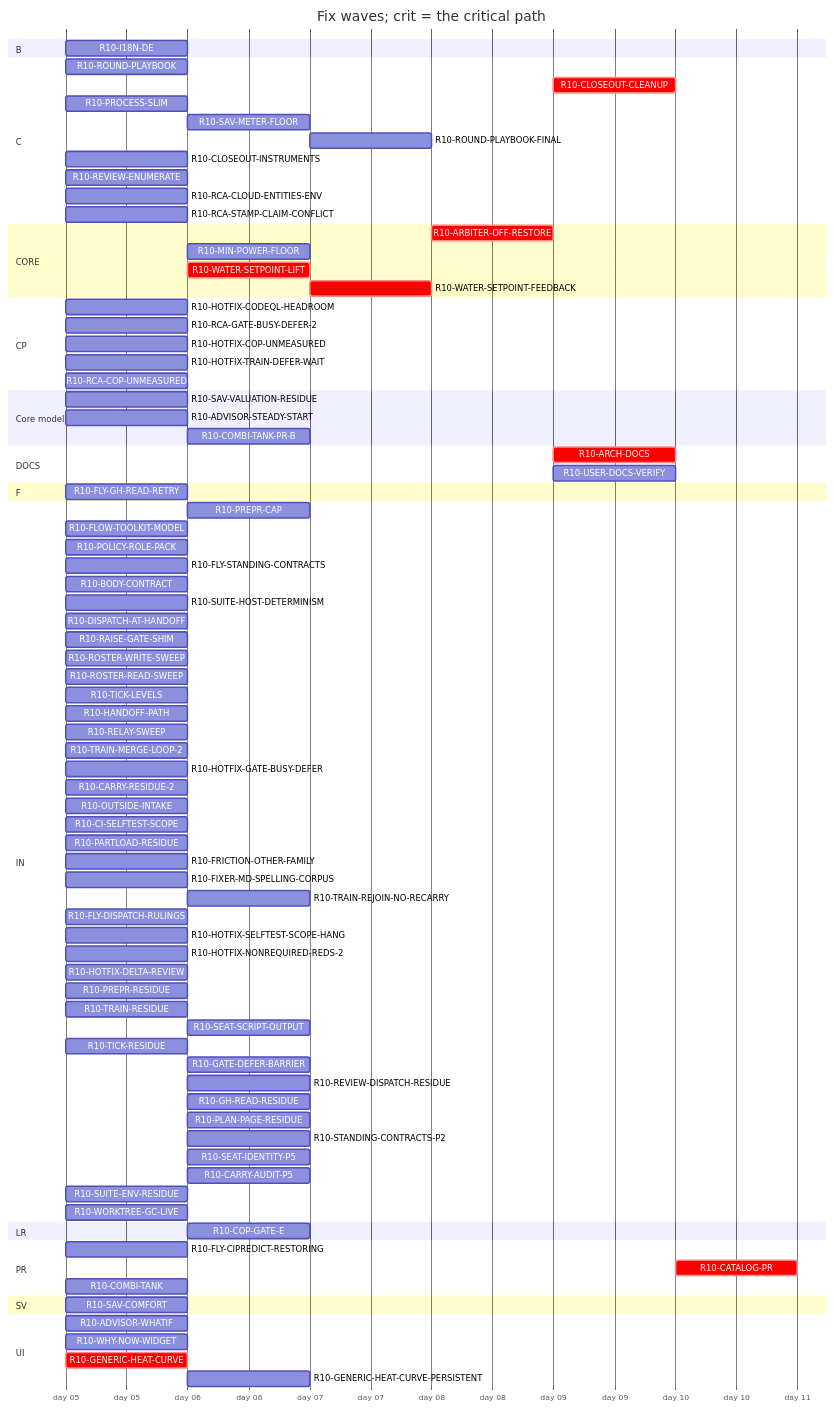
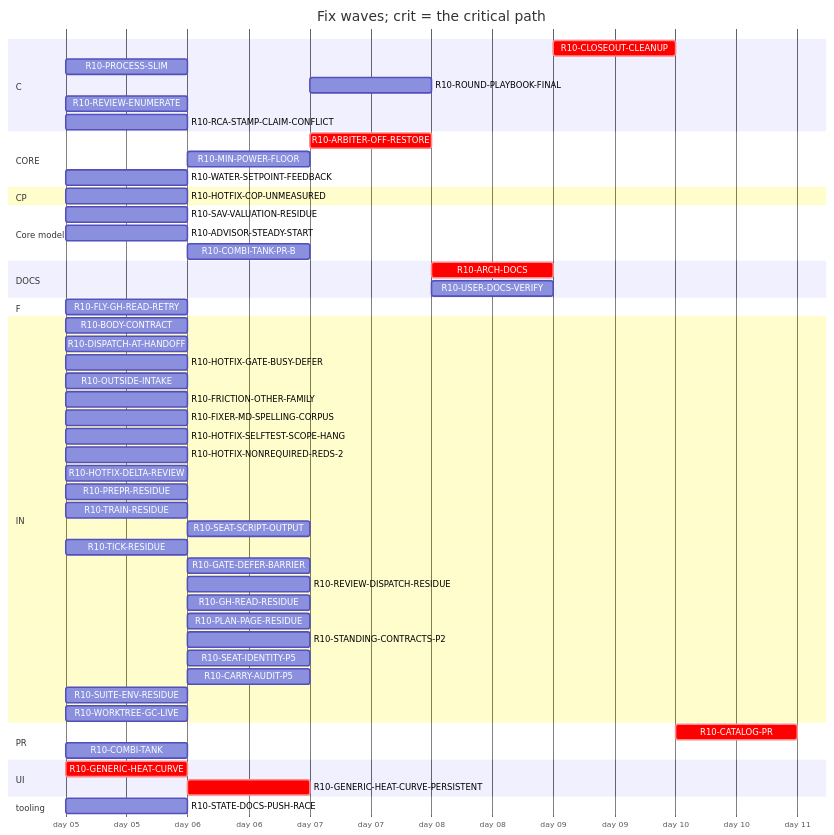
One commit to tvofi/heatpump_optimizer changed the diagram in handoff/round10/state/PLAN-TABLE.md. Above: the diagram before and after it, drawn with Mermaid. The commit also changed other lines of this file and 2 other files, not shown here.

Commit message:
state: FLOW-BOARD.md, NEXT-SESSION-PROMPT.md, PLAN-TABLE.md, RESUME-CURRENT.md regenerated (state_docs.py)

````diff
--- a/handoff/round10/state/PLAN-TABLE.md
+++ b/handoff/round10/state/PLAN-TABLE.md
@@ -27,62 +25,34 @@
   title Fix waves; crit = the critical path
   dateFormat YYYY-MM-DD
   axisFormat day %d
-  section B
-    R10-I18N-DE :r10I18NDE, 2026-01-05, 1d
   section C
-    R10-ROUND-PLAYBOOK :r10ROUNDPLAYBOOK, 2026-01-05, 1d
-    R10-CLOSEOUT-CLEANUP :crit, r10CLOSEOUTCLEANUP, after r10ARCHDOCS r10USERDOCSVERIFY r10ROUNDPLAYBOOKFINAL r10CLOSEOUTINSTRUMENTS r10RCAGATEBUSYDEFER2 r10RCACOPUNMEASURED r10FRICTIONOTHERFAMILY, 1d
+    R10-CLOSEOUT-CLEANUP :crit, r10CLOSEOUTCLEANUP, after r10ARCHDOCS r10USERDOCSVERIFY r10ROUNDPLAYBOOKFINAL r10FRICTIONOTHERFAMILY, 1d
     R10-PROCESS-SLIM :r10PROCESSSLIM, 2026-01-05, 1d
-    R10-SAV-METER-FLOOR :r10SAVMETERFLOOR, after r10SAVCOMFORT, 1d
-    R10-ROUND-PLAYBOOK-FINAL :r10ROUNDPLAYBOOKFINAL, after r10PREPRCAP r10HANDOFFPATH r10RELAYSWEEP r10DISPATCHATHANDOFF r10BODYCONTRACT r10TICKLEVELS r10ROSTERWRITESWEEP r10ROSTERREADSWEEP r10FLYSTANDINGCONTRACTS r10POLICYROLEPACK r10FLOWTOOLKITMODEL r10FLYCIPREDICTRESTORING r10RAISEGATESHIM r10FLYGHREADRETRY r10SUITEHOSTDETERMINISM r10ROUNDPLAYBOOK r10PROCESSSLIM r10TRAINMERGELOOP2 r10CARRYRESIDUE2 r10HOTFIXCODEQLHEADROOM r10OUTSIDEINTAKE r10HOTFIXTRAINDEFERWAIT r10CISELFTESTSCOPE r10CLOSEOUTINSTRUMENTS r10FRICTIONOTHERFAMILY r10FIXERMDSPELLINGCORPUS, 1d
-    R10-CLOSEOUT-INSTRUMENTS :r10CLOSEOUTINSTRUMENTS, 2026-01-05, 1d
+    R10-ROUND-PLAYBOOK-FINAL :r10ROUNDPLAYBOOKFINAL, after r10DISPATCHATHANDOFF r10BODYCONTRACT r10FLYGHREADRETRY r10PROCESSSLIM r10OUTSIDEINTAKE r10FRICTIONOTHERFAMILY r10FIXERMDSPELLINGCORPUS r10PREPRRESIDUE r10SEATSCRIPTOUTPUT r10REVIEWDISPATCHRESIDUE r10CARRYAUDITP5 r10TICKRESIDUE r10SEATIDENTITYP5 r10STANDINGCONTRACTSP2 r10PLANPAGERESIDUE r10TRAINRESIDUE r10GHREADRESIDUE r10SUITEENVRESIDUE r10GATEDEFERBARRIER r10WORKTREEGCLIVE, 1d
     R10-REVIEW-ENUMERATE :r10REVIEWENUMERATE, 2026-01-05, 1d
-    R10-RCA-CLOUD-ENTITIES-ENV :r10RCACLOUDENTITIESENV, 2026-01-05, 1d
     R10-RCA-STAMP-CLAIM-CONFLICT :r10RCASTAMPCLAIMCONFLICT, 2026-01-05, 1d
   section CORE
-    R10-ARBITER-OFF-RESTORE :crit, r10ARBITEROFFRESTORE, after r10GENERICHEATCURVE r10GENERICHEATCURVEPERSISTENT r10WATERSETPOINTLIFT r10WATERSETPOINTFEEDBACK, 1d
+    R10-ARBITER-OFF-RESTORE :crit, r10ARBITEROFFRESTORE, after r10GENERICHEATCURVE r10GENERICHEATCURVEPERSISTENT r10WATERSETPOINTFEEDBACK, 1d
     R10-MIN-POWER-FLOOR :r10MINPOWERFLOOR, after r10HOTFIXCOPUNMEASURED r10GENERICHEATCURVE, 1d
-    R10-WATER-SETPOINT-LIFT :crit, r10WATERSETPOINTLIFT, after r10GENERICHEATCURVE, 1d
-    R10-WATER-SETPOINT-FEEDBACK :crit, r10WATERSETPOINTFEEDBACK, after r10WATERSETPOINTLIFT, 1d
+    R10-WATER-SETPOINT-FEEDBACK :r10WATERSETPOINTFEEDBACK, 2026-01-05, 1d
   section CP
-    R10-HOTFIX-CODEQL-HEADROOM :r10HOTFIXCODEQLHEADROOM, 2026-01-05, 1d
-    R10-RCA-GATE-BUSY-DEFER-2 :r10RCAGATEBUSYDEFER2, 2026-01-05, 1d
     R10-HOTFIX-COP-UNMEASURED :r10HOTFIXCOPUNMEASURED, 2026-01-05, 1d
-    R10-HOTFIX-TRAIN-DEFER-WAIT :r10HOTFIXTRAINDEFERWAIT, 2026-01-05, 1d
-    R10-RCA-COP-UNMEASURED :r10RCACOPUNMEASURED, 2026-01-05, 1d
   section Core model
     R10-SAV-VALUATION-RESIDUE :r10SAVVALUATIONRESIDUE, 2026-01-05, 1d
     R10-ADVISOR-STEADY-START :r10ADVISORSTEADYSTART, 2026-01-05, 1d
     R10-COMBI-TANK-PR-B :r10COMBITANKPRB, after r10COMBITANK, 1d
   section DOCS
-    R10-ARCH-DOCS :crit, r10ARCHDOCS, after r10SAVCOMFORT r10WHYNOWWIDGET r10ADVISORWHATIF r10PREPRCAP r10HANDOFFPATH r10RELAYSWEEP r10DISPATCHATHANDOFF r10BODYCONTRACT r10TICKLEVELS r10ROSTERWRITESWEEP r10ROSTERREADSWEEP r10FLYSTANDINGCONTRACTS r10POLICYROLEPACK r10FLOWTOOLKITMODEL r10FLYCIPREDICTRESTORING r10RAISEGATESHIM r10FLYGHREADRETRY r10SUITEHOSTDETERMINISM r10PROCESSSLIM r10SAVMETERFLOOR r10HOTFIXCOPUNMEASURED r10COPGATEE r10PARTLOADRESIDUE r10I18NDE r10GENERICHEATCURVE r10GENERICHEATCURVEPERSISTENT r10ARBITEROFFRESTORE r10TRAINMERGELOOP2 r10CARRYRESIDUE2 r10HOTFIXCODEQLHEADROOM r10OUTSIDEINTAKE r10HOTFIXTRAINDEFERWAIT r10CISELFTESTSCOPE r10COMBITANK r10CLOSEOUTINSTRUMENTS r10MINPOWERFLOOR r10ROUNDPLAYBOOK r10RCAGATEBUSYDEFER2 r10FRICTIONOTHERFAMILY r10RCACOPUNMEASURED, 1d
-    R10-USER-DOCS-VERIFY :r10USERDOCSVERIFY, after r10SAVCOMFORT r10WHYNOWWIDGET r10ADVISORWHATIF r10SAVMETERFLOOR r10HOTFIXCOPUNMEASURED r10COPGATEE r10PARTLOADRESIDUE r10I18NDE r10GENERICHEATCURVE r10GENERICHEATCURVEPERSISTENT r10ARBITEROFFRESTORE r10COMBITANK r10MINPOWERFLOOR, 1d
+    R10-ARCH-DOCS :crit, r10ARCHDOCS, after r10DISPATCHATHANDOFF r10BODYCONTRACT r10FLYGHREADRETRY r10PROCESSSLIM r10HOTFIXCOPUNMEASURED r10GENERICHEATCURVE r10GENERICHEATCURVEPERSISTENT r10ARBITEROFFRESTORE r10OUTSIDEINTAKE r10COMBITANK r10MINPOWERFLOOR r10FRICTIONOTHERFAMILY r10SAVVALUATIONRESIDUE r10ADVISORSTEADYSTART r10COMBITANKPRB, 1d
+    R10-USER-DOCS-VERIFY :r10USERDOCSVERIFY, after r10HOTFIXCOPUNMEASURED r10GENERICHEATCURVE r10GENERICHEATCURVEPERSISTENT r10ARBITEROFFRESTORE r10COMBITANK r10MINPOWERFLOOR, 1d
   section F
     R10-FLY-GH-READ-RETRY :r10FLYGHREADRETRY, 2026-01-05, 1d
   section IN
-    R10-PREPR-CAP :r10PREPRCAP, after r10PROCESSSLIM, 1d
-    R10-FLOW-TOOLKIT-MODEL :r10FLOWTOOLKITMODEL, 2026-01-05, 1d
-    R10-POLICY-ROLE-PACK :r10POLICYROLEPACK, 2026-01-05, 1d
-    R10-FLY-STANDING-CONTRACTS :r10FLYSTANDINGCONTRACTS, 2026-01-05, 1d
     R10-BODY-CONTRACT :r10BODYCONTRACT, 2026-01-05, 1d
-    R10-SUITE-HOST-DETERMINISM :r10SUITEHOSTDETERMINISM, 2026-01-05, 1d
     R10-DISPATCH-AT-HANDOFF :r10DISPATCHATHANDOFF, 2026-01-05, 1d
-    R10-RAISE-GATE-SHIM :r10RAISEGATESHIM, 2026-01-05, 1d
-    R10-ROSTER-WRITE-SWEEP :r10ROSTERWRITESWEEP, 2026-01-05, 1d
-    R10-ROSTER-READ-SWEEP :r10ROSTERREADSWEEP, 2026-01-05, 1d
-    R10-TICK-LEVELS :r10TICKLEVELS, 2026-01-05, 1d
-    R10-HANDOFF-PATH :r10HANDOFFPATH, 2026-01-05, 1d
-    R10-RELAY-SWEEP :r10RELAYSWEEP, 2026-01-05, 1d
-    R10-TRAIN-MERGE-LOOP-2 :r10TRAINMERGELOOP2, 2026-01-05, 1d
     R10-HOTFIX-GATE-BUSY-DEFER :r10HOTFIXGATEBUSYDEFER, 2026-01-05, 1d
-    R10-CARRY-RESIDUE-2 :r10CARRYRESIDUE2, 2026-01-05, 1d
     R10-OUTSIDE-INTAKE :r10OUTSIDEINTAKE, 2026-01-05, 1d
-    R10-CI-SELFTEST-SCOPE :r10CISELFTESTSCOPE, 2026-01-05, 1d
-    R10-PARTLOAD-RESIDUE :r10PARTLOADRESIDUE, 2026-01-05, 1d
     R10-FRICTION-OTHER-FAMILY :r10FRICTIONOTHERFAMILY, 2026-01-05, 1d
     R10-FIXER-MD-SPELLING-CORPUS :r10FIXERMDSPELLINGCORPUS, 2026-01-05, 1d
-    R10-TRAIN-REJOIN-NO-RECARRY :r10TRAINREJOINNORECARRY, after r10HOTFIXTRAINDEFERWAIT r10TRAINMERGELOOP2, 1d
-    R10-FLY-DISPATCH-RULINGS :r10FLYDISPATCHRULINGS, 2026-01-05, 1d
     R10-HOTFIX-SELFTEST-SCOPE-HANG :r10HOTFIXSELFTESTSCOPEHANG, 2026-01-05, 1d
     R10-HOTFIX-NONREQUIRED-REDS-2 :r10HOTFIXNONREQUIREDREDS2, 2026-01-05, 1d
     R10-HOTFIX-DELTA-REVIEW :r10HOTFIXDELTAREVIEW, 2026-01-05, 1d
@@ -99,17 +69,12 @@
     R10-CARRY-AUDIT-P5 :r10CARRYAUDITP5, after r10BODYCONTRACT, 1d
     R10-SUITE-ENV-RESIDUE :r10SUITEENVRESIDUE, 2026-01-05, 1d
     R10-WORKTREE-GC-LIVE :r10WORKTREEGCLIVE, 2026-01-05, 1d
-  section LR
-    R10-COP-GATE-E :r10COPGATEE, after r10HOTFIXCOPUNMEASURED, 1d
   section PR
-    R10-FLY-CIPREDICT-RESTORING :r10FLYCIPREDICTRESTORING, 2026-01-05, 1d
     R10-CATALOG-PR :crit, r10CATALOGPR, after r10USERDOCSVERIFY r10ARCHDOCS r10ROUNDPLAYBOOKFINAL r10CLOSEOUTCLEANUP, 1d
     R10-COMBI-TANK :r10COMBITANK, 2026-01-05, 1d
-  section SV
-    R10-SAV-COMFORT :r10SAVCOMFORT, 2026-01-05, 1d
   section UI
-    R10-ADVISOR-WHATIF :r10ADVISORWHATIF, 2026-01-05, 1d
-    R10-WHY-NOW-WIDGET :r10WHYNOWWIDGET, 2026-01-05, 1d
     R10-GENERIC-HEAT-CURVE :crit, r10GENERICHEATCURVE, 2026-01-05, 1d
-    R10-GENERIC-HEAT-CURVE-PERSISTENT :r10GENERICHEATCURVEPERSISTENT, after r10GENERICHEATCURVE, 1d
+    R10-GENERIC-HEAT-CURVE-PERSISTENT :crit, r10GENERICHEATCURVEPERSISTENT, after r10GENERICHEATCURVE, 1d
+  section tooling
+    R10-STATE-DOCS-PUSH-RACE :r10STATEDOCSPUSHRACE, 2026-01-05, 1d
 ```
````
